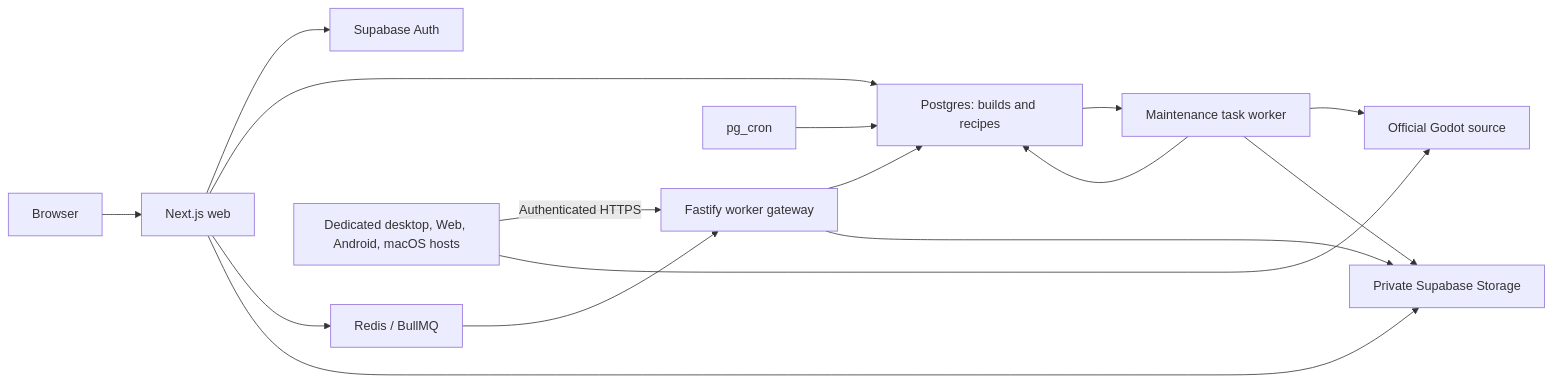
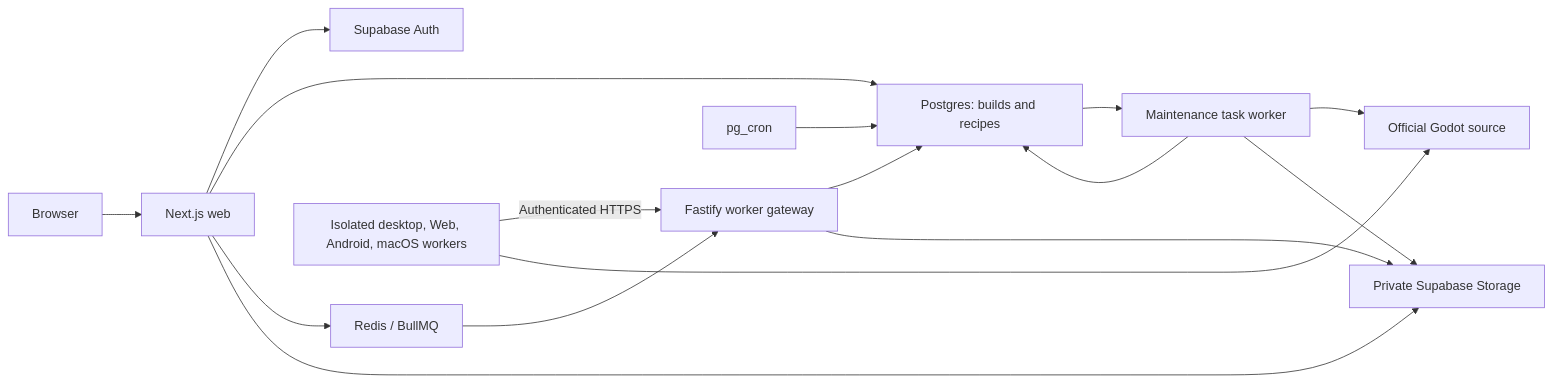
One commit to sxmxc/mingd changed the diagram in docs/developers/architecture.md. Above: the diagram before and after it, drawn with Mermaid. The commit also changed other lines of this file and 39 other files, not shown here.

````diff
--- a/docs/developers/architecture.md
+++ b/docs/developers/architecture.md
@@ -16,18 +18,18 @@
 ```mermaid
 flowchart LR
   Browser --> Web[Next.js web]
   Web --> Auth[Supabase Auth]
   Web --> DB[Postgres: builds and recipes]
   Web --> Redis[Redis / BullMQ]
   Redis --> Gateway[Fastify worker gateway]
-  Workers[Dedicated desktop, Web, Android, macOS hosts] -->|Authenticated HTTPS| Gateway
+  Workers[Isolated desktop, Web, Android, macOS workers] -->|Authenticated HTTPS| Gateway
   Gateway --> DB
   Workers --> Official[Official Godot source]
   Gateway --> Storage[Private Supabase Storage]
   Web --> Storage
   Cron[pg_cron] --> DB
   DB --> Maintenance[Maintenance task worker]
   Maintenance --> Official
   Maintenance --> DB
   Maintenance --> Storage
 ```
````
